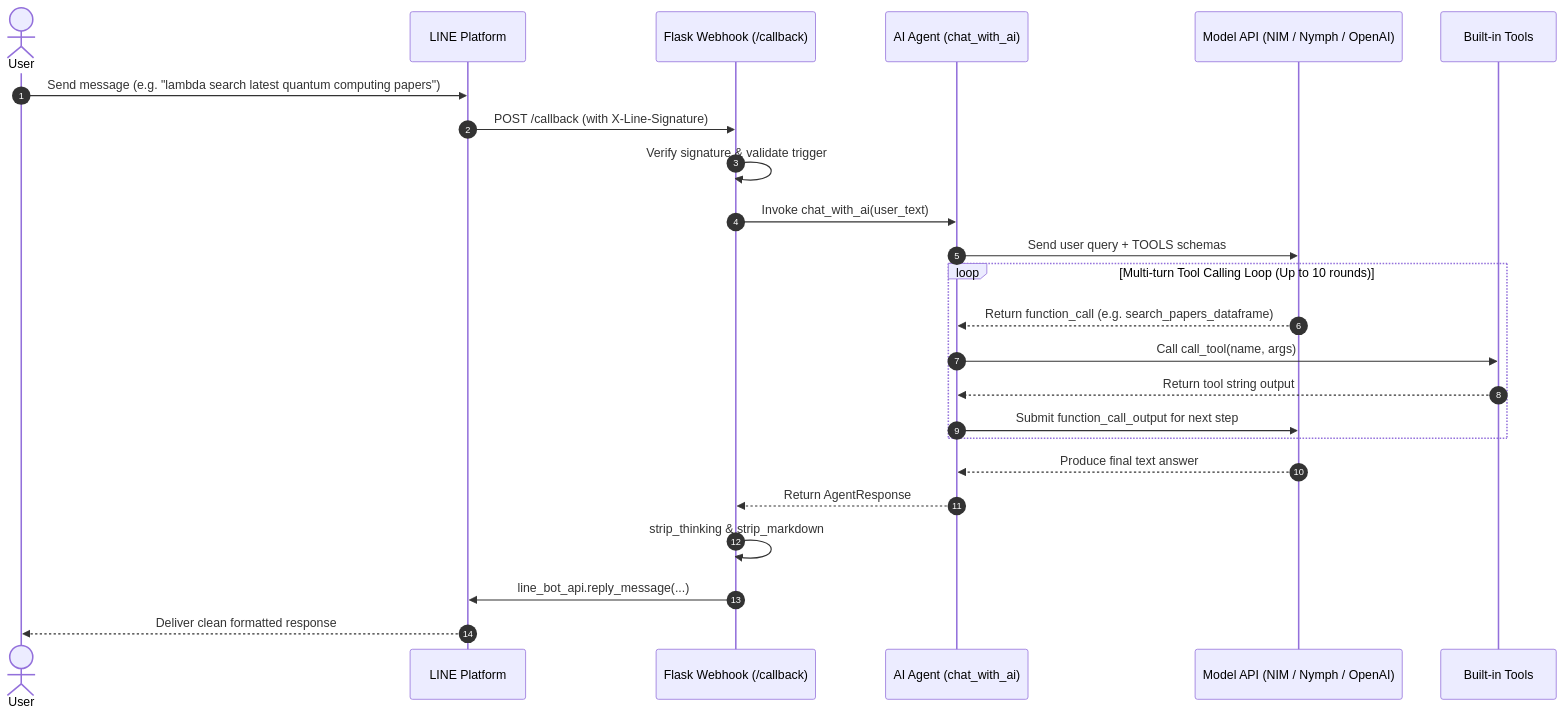
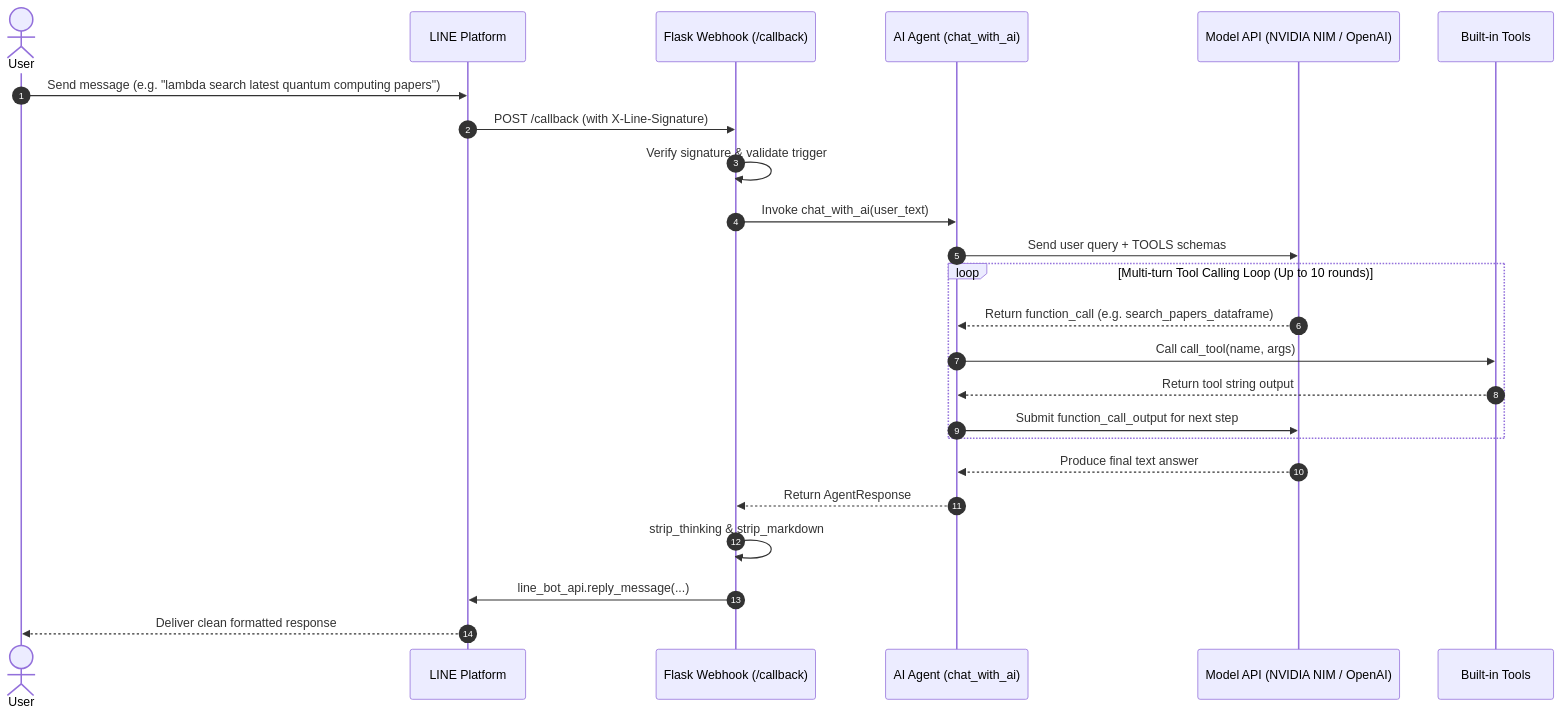
Before and after one commit to ai-tech-tw/lambda: the second of 2 diagrams in README.md, drawn with Mermaid. The commit also changed other lines of this file and 4 other files, not shown here.

Commit message:
docs: align NVIDIA NIM and Nymph promotion with web-tech-tw/nymph

````diff
--- a/README.md
+++ b/README.md
@@ -118,27 +120,27 @@
 ```mermaid
 sequenceDiagram
     autonumber
     actor User as User
     participant LINE as LINE Platform
     participant Flask as Flask Webhook (/callback)
     participant Agent as AI Agent (chat_with_ai)
-    participant LLM as Model API (NIM / Nymph / OpenAI)
+    participant LLM as Model API (NVIDIA NIM / OpenAI)
     participant Tools as Built-in Tools
 
     User->>LINE: Send message (e.g. "lambda search latest quantum computing papers")
     LINE->>Flask: POST /callback (with X-Line-Signature)
     Flask->>Flask: Verify signature & validate trigger
     Flask->>Agent: Invoke chat_with_ai(user_text)
     Agent->>LLM: Send user query + TOOLS schemas
     loop Multi-turn Tool Calling Loop (Up to 10 rounds)
         LLM-->>Agent: Return function_call (e.g. search_papers_dataframe)
         Agent->>Tools: Call call_tool(name, args)
         Tools-->>Agent: Return tool string output
         Agent->>LLM: Submit function_call_output for next step
     end
     LLM-->>Agent: Produce final text answer
     Agent-->>Flask: Return AgentResponse
     Flask->>Flask: strip_thinking & strip_markdown
     Flask->>LINE: line_bot_api.reply_message(...)
     LINE-->>User: Deliver clean formatted response
 ```
````
